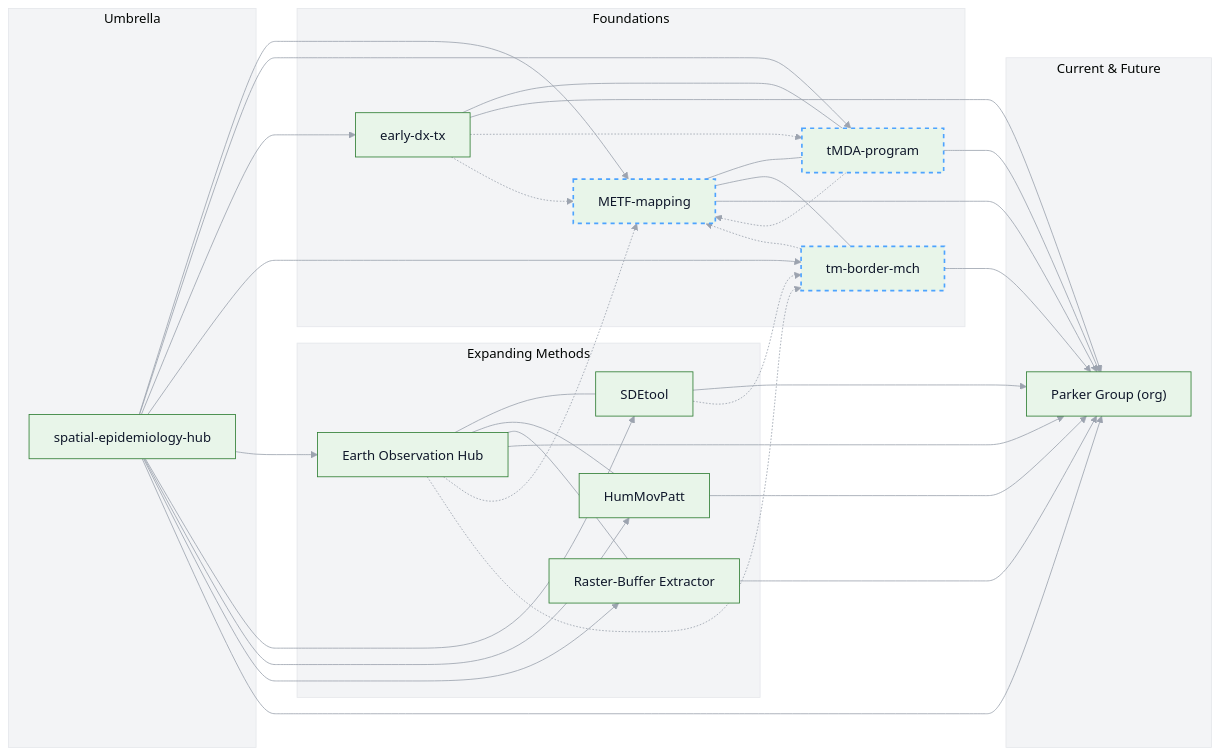
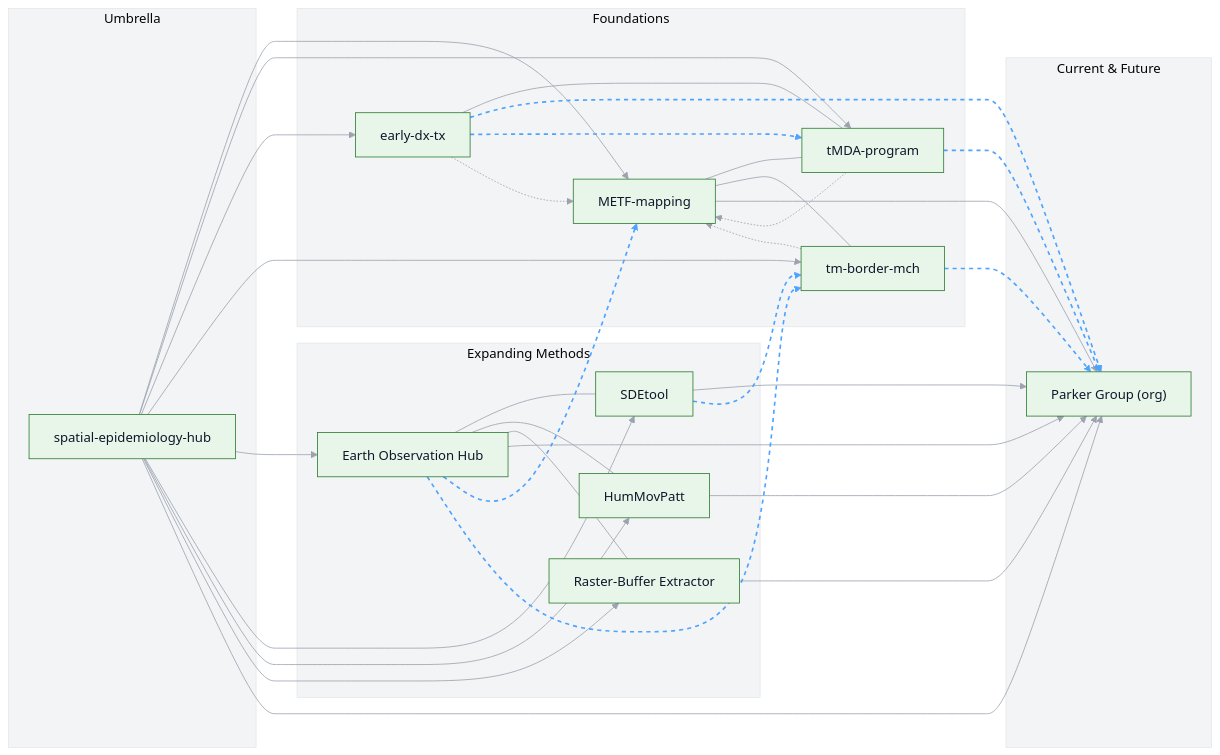
The diagram in README.md (DMParker1/spatial-epidemiology-hub), drawn with Mermaid before and after one commit.

````diff
--- a/README.md
+++ b/README.md
@@ -40,75 +40,81 @@
 ```mermaid
 %%{init: {"theme":"base","themeVariables":{
   "background":"#FAFAFA",
   "clusterBkg":"#F3F4F6",
   "clusterBorder":"#E5E7EB",
   "primaryColor":"#E8F5E9",
   "primaryBorderColor":"#2E7D32",
   "primaryTextColor":"#0F172A",
   "lineColor":"#9CA3AF"
 }}}%%
 flowchart LR
   subgraph A[Foundations]
     METF["METF-mapping"]
     EDT["early-dx-tx"]
     MCH["tm-border-mch"]
     tMDA["tMDA-program"]
   end
 
   subgraph B[Expanding Methods]
     EO["Earth Observation Hub"]
     SDE["SDEtool"]
     HUM["HumMovPatt"]
     RBE["Raster-Buffer Extractor"]
   end
 
   subgraph C[Umbrella]
     GIS["spatial-epidemiology-hub"]
   end
 
   subgraph D[Current & Future]
     PG["Parker Group (org)"]
   end
 
   %% umbrella links (solid)
   GIS --> METF
   GIS --> tMDA
   GIS --> EDT
   GIS --> MCH
   GIS --> EO
   GIS --> SDE
   GIS --> HUM
   GIS --> RBE
   GIS --> PG
 
   %% method/theme crosslinks (solid)
   EO --- SDE
   EO --- HUM
   EO --- RBE
   METF --- tMDA
   EDT --- tMDA
   METF --- MCH
 
   %% convergence to Parker Group (solid)
   EO --> PG
   SDE --> PG
   HUM --> PG
   RBE --> PG
   METF --> PG
   tMDA --> PG
   EDT --> PG
   MCH --> PG
 
-  %% historical/methodological influence (light blue dashed)
-  EO -.-> METF:::hist
-  EO -.-> MCH:::hist
-  SDE -.-> MCH:::hist
-  EDT -.-> tMDA:::hist
-  tMDA -.-> METF:::hist
-  EDT -.-> METF:::hist
-  MCH -.-> METF:::hist
+  %% historical/methodological influence (dashed arrows)
+  EO -.-> METF
+  EO -.-> MCH
+  SDE -.-> MCH
+  EDT -.-> tMDA
+  tMDA -.-> METF
+  EDT -.-> METF
+  MCH -.-> METF
 
-  classDef hist stroke:#4DA3FF,stroke-width:2px,stroke-dasharray: 5 5;
-
+  %% style the dashed arrows (light blue)
+  linkStyle 20 stroke:#4DA3FF,stroke-width:2px,stroke-dasharray:5 5;
+  linkStyle 21 stroke:#4DA3FF,stroke-width:2px,stroke-dasharray:5 5;
+  linkStyle 22 stroke:#4DA3FF,stroke-width:2px,stroke-dasharray:5 5;
+  linkStyle 23 stroke:#4DA3FF,stroke-width:2px,stroke-dasharray:5 5;
+  linkStyle 24 stroke:#4DA3FF,stroke-width:2px,stroke-dasharray:5 5;
+  linkStyle 25 stroke:#4DA3FF,stroke-width:2px,stroke-dasharray:5 5;
+  linkStyle 26 stroke:#4DA3FF,stroke-width:2px,stroke-dasharray:5 5;
 
 ```
````
